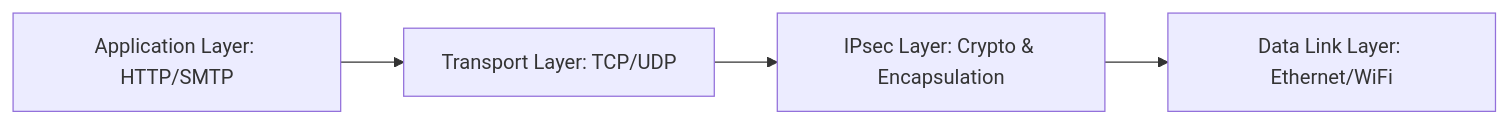
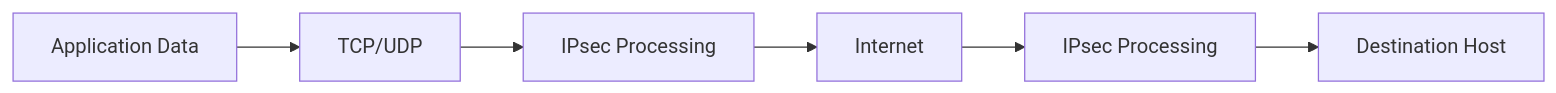
The third of 3 diagrams in 03-Academics/Network_Security/IPsec.md (namaewafaisal/Obsidian_Vault), drawn with Mermaid before and after one commit. The commit also changed other lines of this file, not shown here.

````diff
--- a/03-Academics/Network_Security/IPsec.md
+++ b/03-Academics/Network_Security/IPsec.md
@@ -93,7 +261,8 @@
 ```mermaid
-graph LR
-    L7[Application Layer: HTTP/SMTP] --> L4[Transport Layer: TCP/UDP]
-    L4 --> L3[IPsec Layer: Crypto & Encapsulation]
-    L3 --> L2[Data Link Layer: Ethernet/WiFi]
-
+flowchart LR
+    A[Application Data] --> B[TCP/UDP]
+    B --> C[IPsec Processing]
+    C --> D[Internet]
+    D --> E[IPsec Processing]
+    E --> F[Destination Host]
 ```
````
